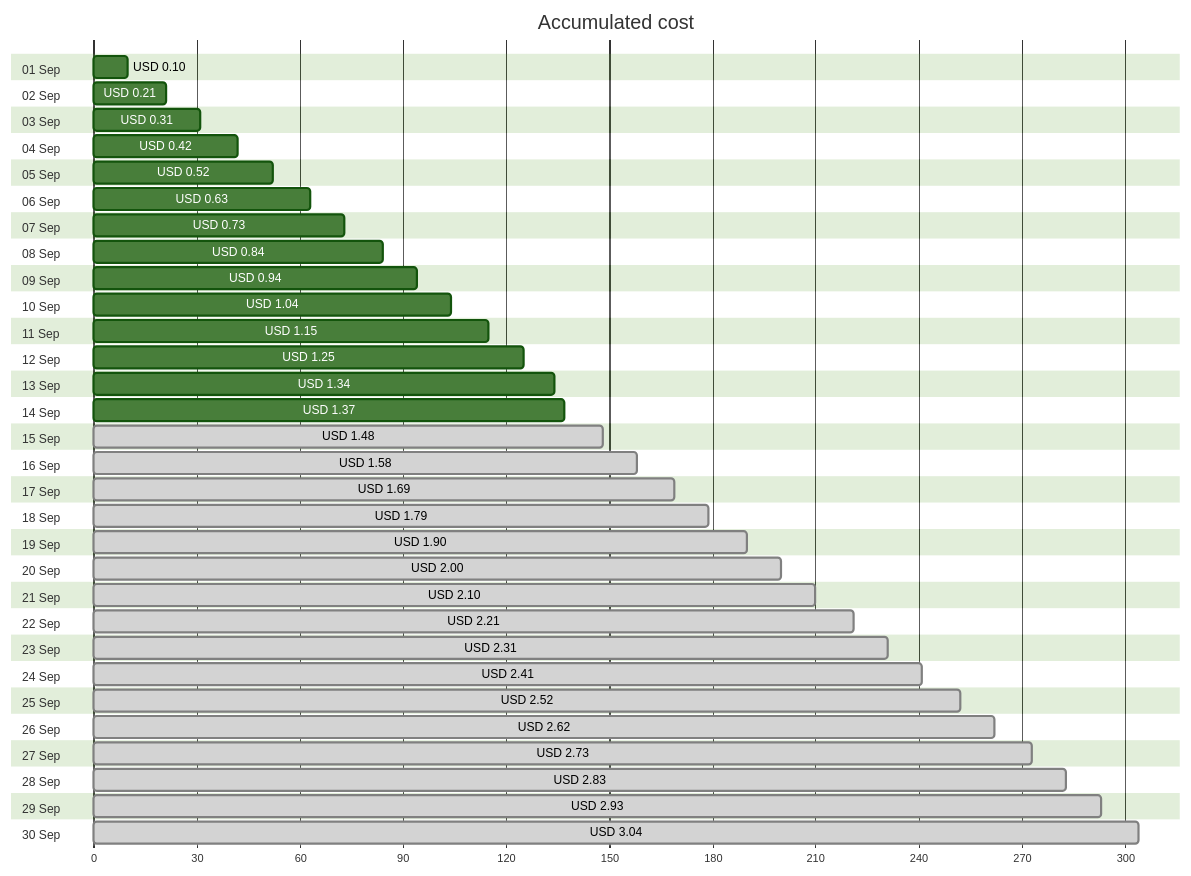
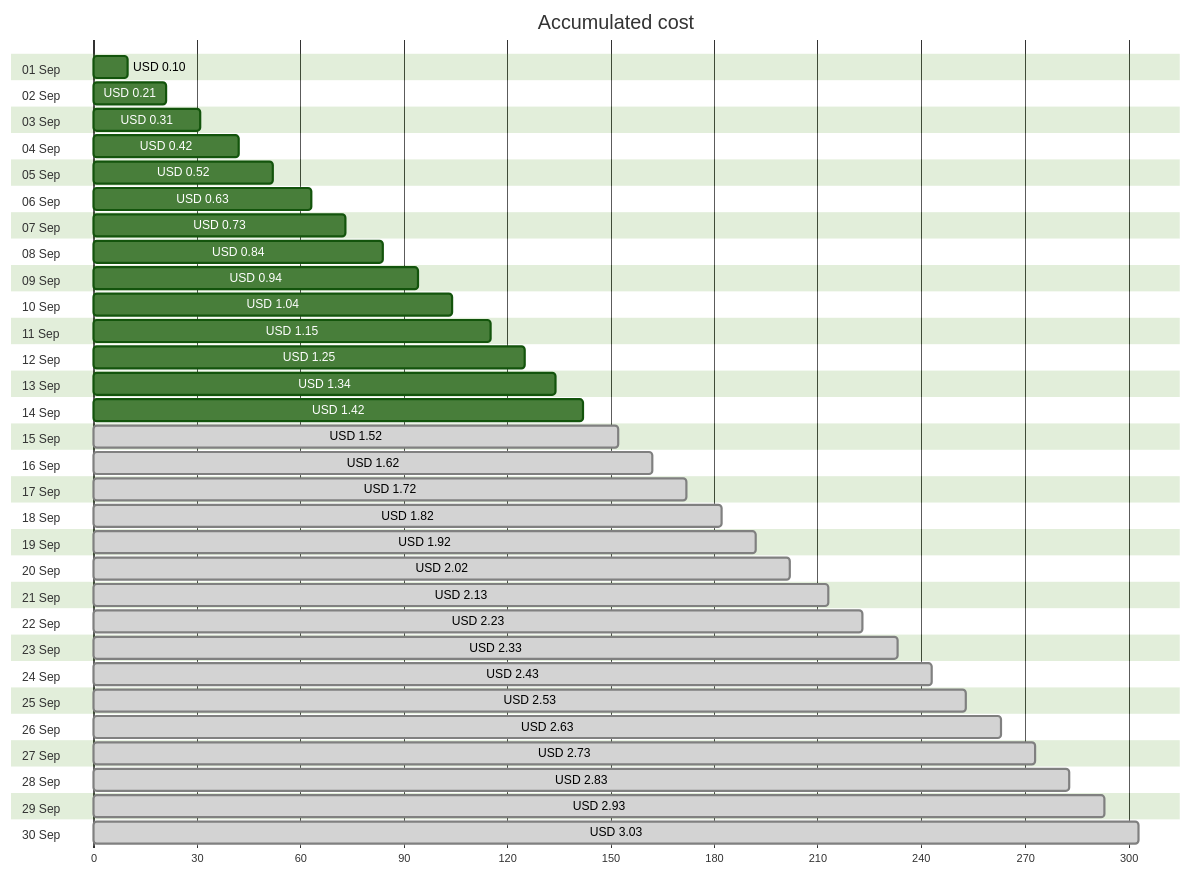
Before and after one commit to jpfulton/azure-personal-reports: the first of 4 diagrams in cost-reports/personal-network/ubuntu-backup-server-spot_OsDisk_1_82ad58ea1b864609a678571faedee9b3.md, drawn with Mermaid (forest theme). The commit also changed other lines of this file and 37 other files, not shown here.

````diff
--- a/cost-reports/personal-network/ubuntu-backup-server-spot_OsDisk_1_82ad58ea1b864609a678571faedee9b3.md
+++ b/cost-reports/personal-network/ubuntu-backup-server-spot_OsDisk_1_82ad58ea1b864609a678571faedee9b3.md
@@ -20,66 +20,66 @@
 ```mermaid
 gantt
    title Accumulated cost
    dateFormat  X
    axisFormat %s
    section 01 Sep
    USD 0.10 :0, 10
    section 02 Sep
    USD 0.21 :0, 21
    section 03 Sep
    USD 0.31 :0, 31
    section 04 Sep
    USD 0.42 :0, 42
    section 05 Sep
    USD 0.52 :0, 52
    section 06 Sep
    USD 0.63 :0, 63
    section 07 Sep
    USD 0.73 :0, 73
    section 08 Sep
    USD 0.84 :0, 84
    section 09 Sep
    USD 0.94 :0, 94
    section 10 Sep
    USD 1.04 :0, 104
    section 11 Sep
    USD 1.15 :0, 115
    section 12 Sep
    USD 1.25 :0, 125
    section 13 Sep
    USD 1.34 :0, 134
    section 14 Sep
-   USD 1.37 :0, 137
+   USD 1.42 :0, 142
    section 15 Sep
-   USD 1.48 : done, 0, 148
+   USD 1.52 : done, 0, 152
    section 16 Sep
-   USD 1.58 : done, 0, 158
+   USD 1.62 : done, 0, 162
    section 17 Sep
-   USD 1.69 : done, 0, 169
+   USD 1.72 : done, 0, 172
    section 18 Sep
-   USD 1.79 : done, 0, 179
+   USD 1.82 : done, 0, 182
    section 19 Sep
-   USD 1.90 : done, 0, 190
+   USD 1.92 : done, 0, 192
    section 20 Sep
-   USD 2.00 : done, 0, 200
+   USD 2.02 : done, 0, 202
    section 21 Sep
-   USD 2.10 : done, 0, 210
+   USD 2.13 : done, 0, 213
    section 22 Sep
-   USD 2.21 : done, 0, 221
+   USD 2.23 : done, 0, 223
    section 23 Sep
-   USD 2.31 : done, 0, 231
+   USD 2.33 : done, 0, 233
    section 24 Sep
-   USD 2.41 : done, 0, 241
+   USD 2.43 : done, 0, 243
    section 25 Sep
-   USD 2.52 : done, 0, 252
+   USD 2.53 : done, 0, 253
    section 26 Sep
-   USD 2.62 : done, 0, 262
+   USD 2.63 : done, 0, 263
    section 27 Sep
    USD 2.73 : done, 0, 273
    section 28 Sep
    USD 2.83 : done, 0, 283
    section 29 Sep
    USD 2.93 : done, 0, 293
    section 30 Sep
-   USD 3.04 : done, 0, 304
+   USD 3.03 : done, 0, 303
 ```
````
